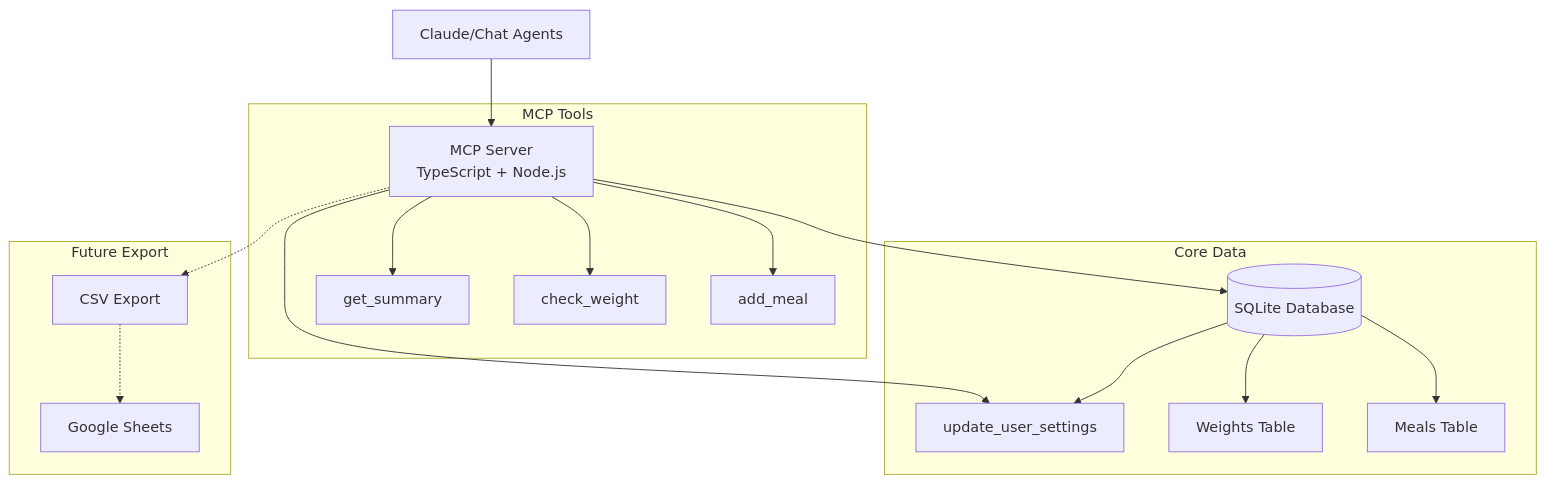
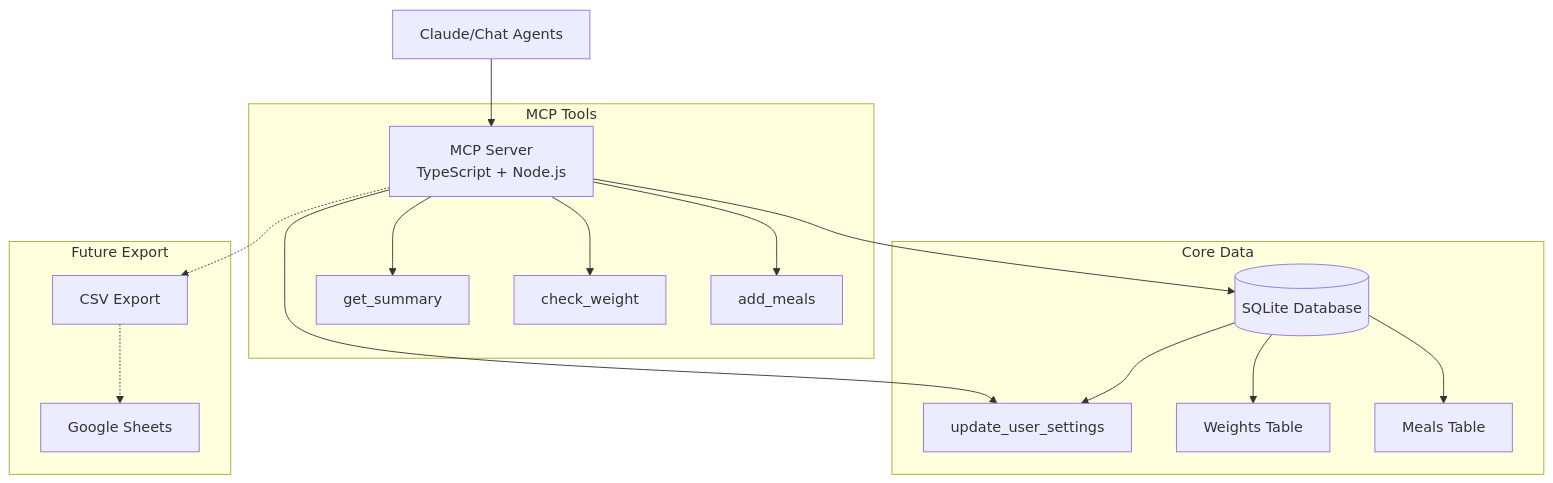
Before and after one commit to 0x28F4/calorie-tracker-mcp: the diagram in README.md, drawn with Mermaid. The commit also changed other lines of this file, not shown here.

First line of the commit message:
Update README to reflect batch meal operations

````diff
--- a/README.md
+++ b/README.md
@@ -81,23 +81,23 @@
 ```mermaid
 graph TB
     Claude[Claude/Chat Agents] --> MCP[MCP Server<br/>TypeScript + Node.js]
     MCP --> DB[(SQLite Database)]
     
     subgraph "Core Data"
         DB --> Meals[Meals Table]
         DB --> Weights[Weights Table]
         DB --> Settings[User Settings]
     end
     
     subgraph "MCP Tools"
-        MCP --> AddMeal[add_meal]
+        MCP --> AddMeals[add_meals]
         MCP --> CheckWeight[check_weight]
         MCP --> Summary[get_summary]
         MCP --> Settings[update_user_settings]
     end
     
     subgraph "Future Export"
         MCP -.-> CSV[CSV Export]
         CSV -.-> Sheets[Google Sheets]
     end
 ```
````
